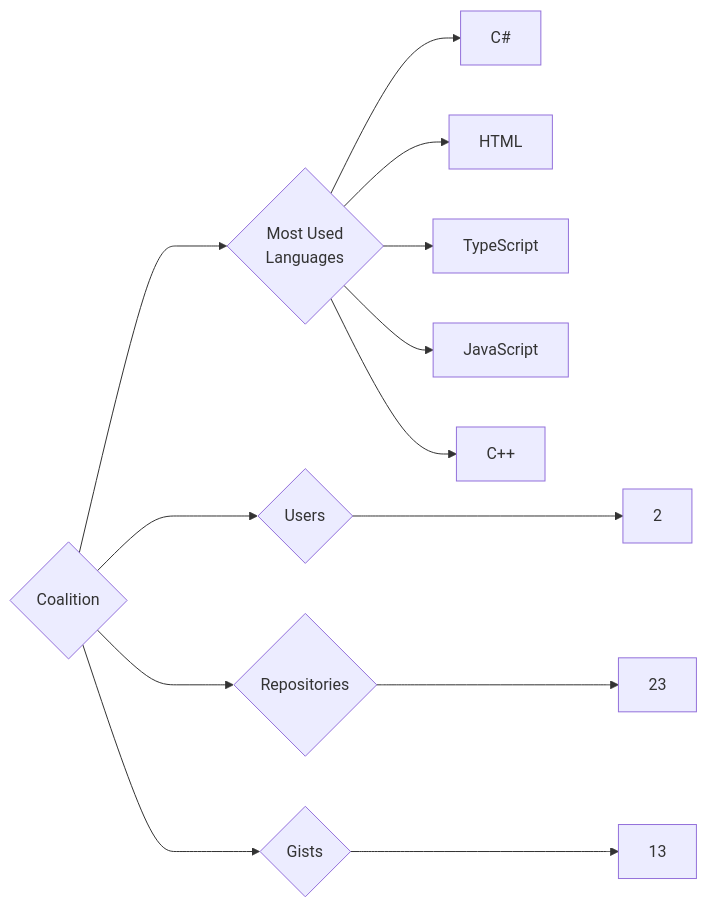
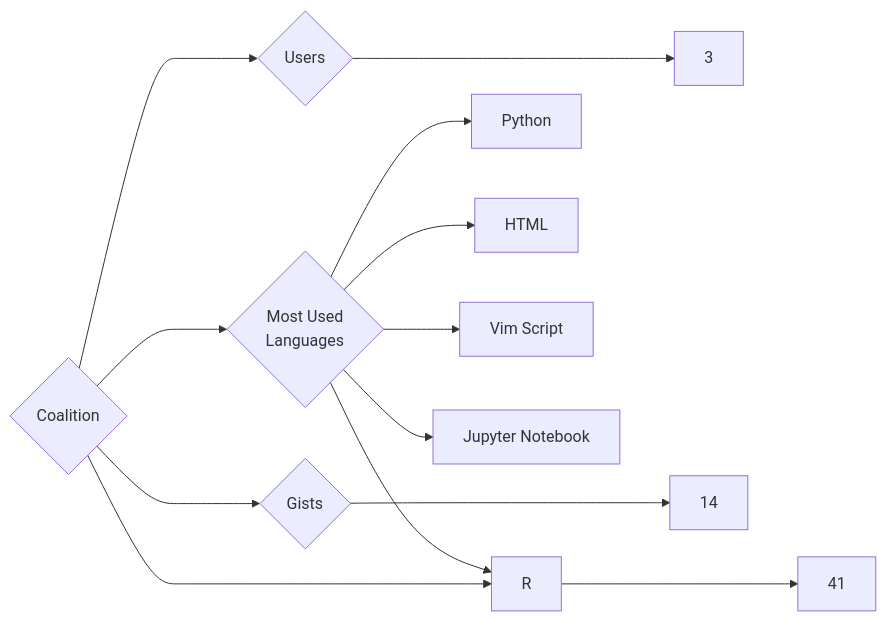
Before and after one commit to trickest/insiders: the diagram in targets/Coalition/README.md, drawn with Mermaid. The commit also changed 1238 other files, not shown here.

````diff
--- a/targets/Coalition/README.md
+++ b/targets/Coalition/README.md
@@ -3,13 +3,13 @@
 ```mermaid
 graph LR
 COMPANY_NAME{Coalition}
-COMPANY_NAME ---> U{Users} ---> UN[2]
-COMPANY_NAME ---> R{Repositories} ---> RN[23]
-COMPANY_NAME ---> G{Gists} ---> GN[13]
+COMPANY_NAME ---> U{Users} ---> UN[3]
+COMPANY_NAME ---> R{Repositories} ---> RN[41]
+COMPANY_NAME ---> G{Gists} ---> GN[14]
 COMPANY_NAME ---> ML{Most Used<br>Languages}
-ML --> C#[C#]
+ML --> Python[Python]
+ML --> R[R]
 ML --> HTML[HTML]
-ML --> TypeScript[TypeScript]
-ML --> JavaScript[JavaScript]
-ML --> C++[C++]
+ML --> Vim_Script[Vim Script]
+ML --> Jupyter_Notebook[Jupyter Notebook]
 ```
````
